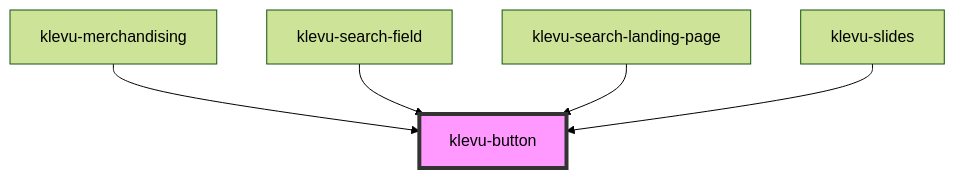
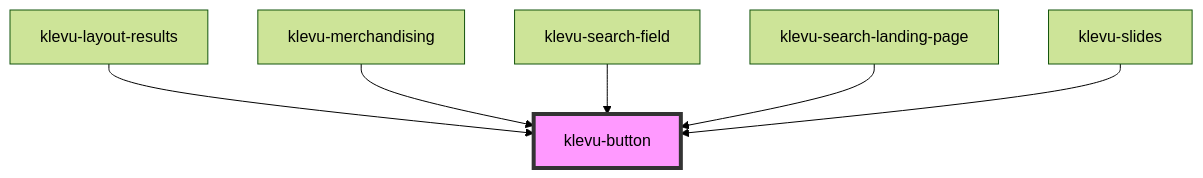
One commit to klevultd/frontend-sdk changed the diagram in packages/klevu-ui/src/components/klevu-button/readme.md. Above: the diagram before and after it, drawn with Mermaid (forest theme). The commit also changed other lines of this file and 28 other files, not shown here.

````diff
--- a/packages/klevu-ui/src/components/klevu-button/readme.md
+++ b/packages/klevu-ui/src/components/klevu-button/readme.md
@@ -23,8 +24,9 @@
 ```mermaid
 graph TD;
+  klevu-layout-results --> klevu-button
   klevu-merchandising --> klevu-button
   klevu-search-field --> klevu-button
   klevu-search-landing-page --> klevu-button
   klevu-slides --> klevu-button
   style klevu-button fill:#f9f,stroke:#333,stroke-width:4px
 ```
````
